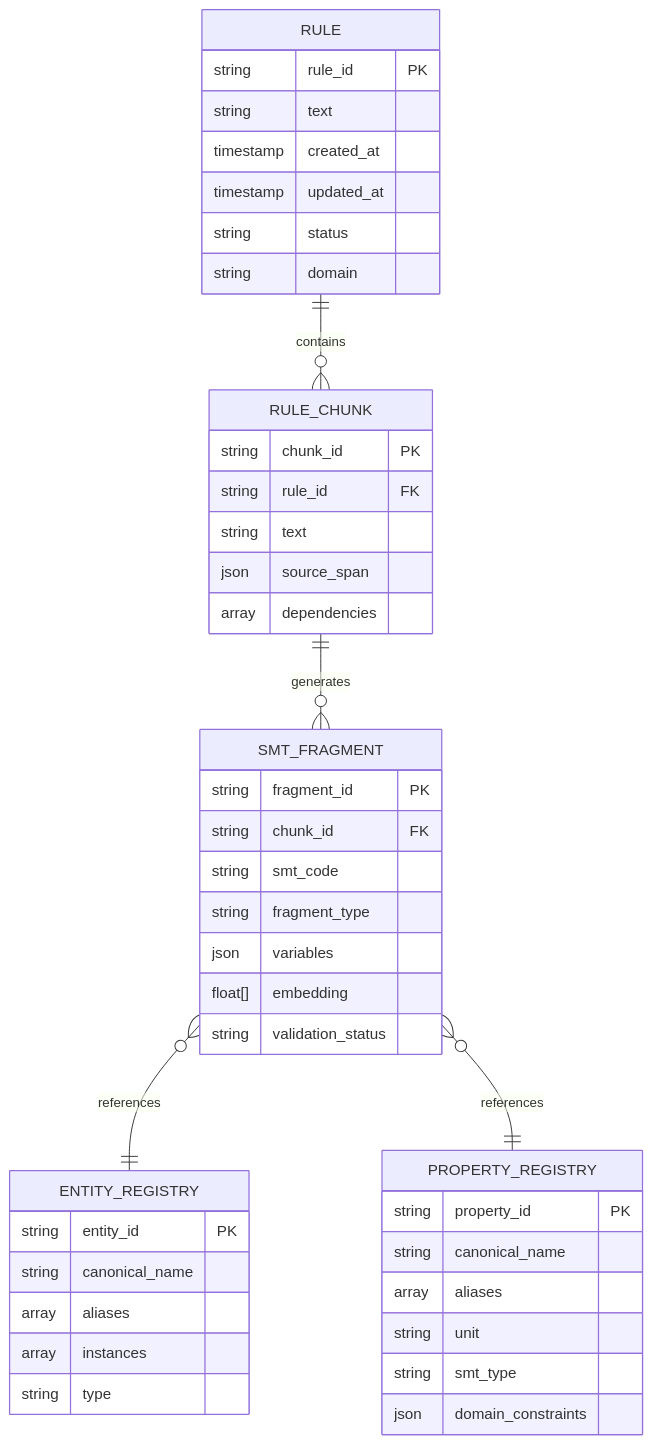
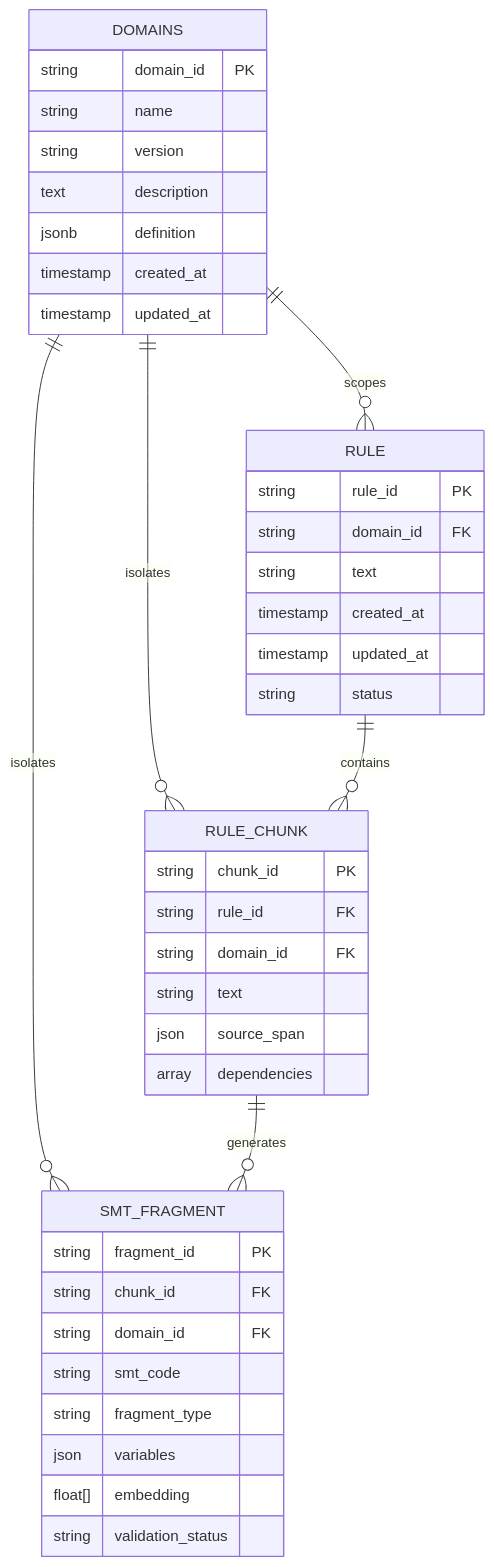
The second of 13 diagrams in docs/FULL_SYSTEM_ARCHITECTURE_PROPOSAL.md (o2alexanderfedin/hupyy-temporal), drawn with Mermaid before and after one commit. The commit also changed other lines of this file, not shown here.

First line of the commit message:
docs(TASK-002): Update database schema for domain independence

````diff
--- a/docs/FULL_SYSTEM_ARCHITECTURE_PROPOSAL.md
+++ b/docs/FULL_SYSTEM_ARCHITECTURE_PROPOSAL.md
@@ -55,51 +59,47 @@
 ```mermaid
 erDiagram
+    DOMAINS {
+        string domain_id PK
+        string name
+        string version
+        text description
+        jsonb definition
+        timestamp created_at
+        timestamp updated_at
+    }
+
     RULE {
         string rule_id PK
+        string domain_id FK
         string text
         timestamp created_at
         timestamp updated_at
         string status
-        string domain
     }
-    
+
     RULE_CHUNK {
         string chunk_id PK
         string rule_id FK
+        string domain_id FK
         string text
         json source_span
         array dependencies
     }
-    
+
     SMT_FRAGMENT {
         string fragment_id PK
         string chunk_id FK
+        string domain_id FK
         string smt_code
         string fragment_type
         json variables
         float[] embedding
         string validation_status
     }
-    
-    ENTITY_REGISTRY {
-        string entity_id PK
-        string canonical_name
-        array aliases
-        array instances
-        string type
-    }
-    
-    PROPERTY_REGISTRY {
-        string property_id PK
-        string canonical_name
-        array aliases
-        string unit
-        string smt_type
-        json domain_constraints
-    }
-    
-    RULE ||--o{ RULE_CHUNK : contains
-    RULE_CHUNK ||--o{ SMT_FRAGMENT : generates
-    SMT_FRAGMENT }o--|| ENTITY_REGISTRY : references
-    SMT_FRAGMENT }o--|| PROPERTY_REGISTRY : references
+
+    DOMAINS ||--o{ RULE : "scopes"
+    DOMAINS ||--o{ RULE_CHUNK : "isolates"
+    DOMAINS ||--o{ SMT_FRAGMENT : "isolates"
+    RULE ||--o{ RULE_CHUNK : "contains"
+    RULE_CHUNK ||--o{ SMT_FRAGMENT : "generates"
 ```
````
